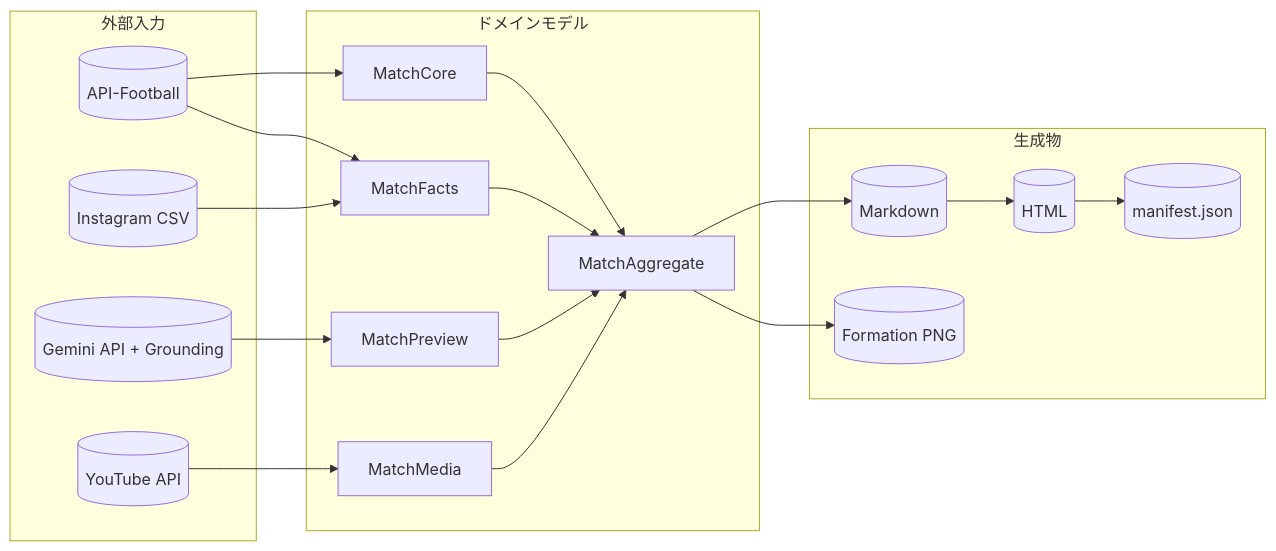
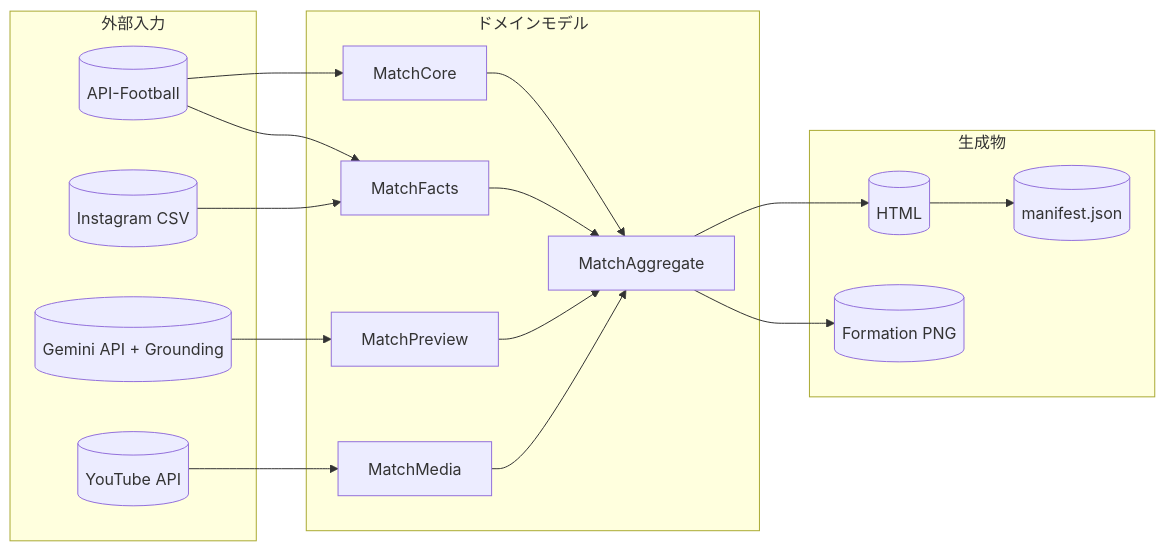
Before and after one commit to igrekplus/football-delay-watching: the first of 2 diagrams in docs/02_architecture/data_models.md, drawn with Mermaid. The commit also changed other lines of this file and 7 other files, not shown here.

````diff
--- a/docs/02_architecture/data_models.md
+++ b/docs/02_architecture/data_models.md
@@ -13,40 +13,38 @@
 ```mermaid
 flowchart LR
     subgraph Input["外部入力"]
         API[("​API-Football")]
         LLM[("Gemini API + Grounding")]
         YT[("YouTube API")]
         CSV[("Instagram CSV")]
     end
     
     subgraph Domain["ドメインモデル"]
         MC[MatchCore]
         MF[MatchFacts]
         MP[MatchPreview]
         MM[MatchMedia]
         MA[MatchAggregate]
     end
     
     subgraph Output["生成物"]
-        MD[("Markdown")]
         HTML[("HTML")]
         MAN[("manifest.json")]
         IMG[("Formation PNG")]
     end
     
     API --> MC
     API --> MF
     LLM --> MP
     YT --> MM
     CSV --> MF
     
     MC --> MA
     MF --> MA
     MP --> MA
     MM --> MA
     
-    MA --> MD
-    MD --> HTML
+    MA --> HTML
     HTML --> MAN
     MA --> IMG
 ```
````
